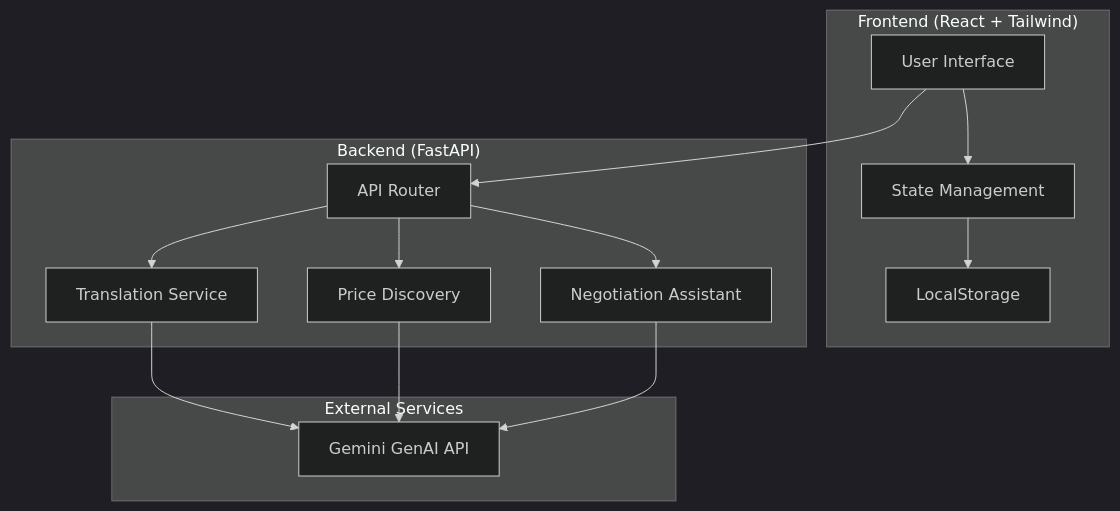
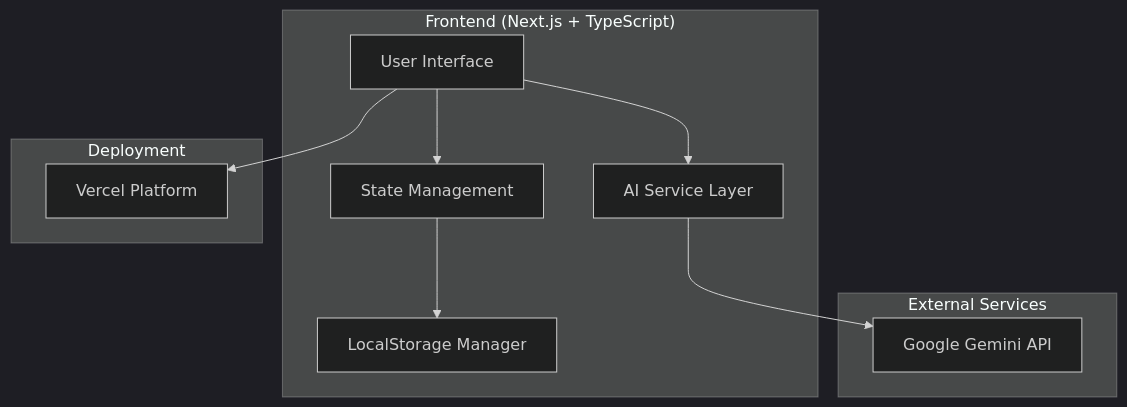
Before and after one commit to aniketp166/multilingual-mandi-ai: the diagram in .kiro/specs/multilingual-mandi-vendor-assistant/design.md, drawn with Mermaid (dark theme). The commit also changed other lines of this file and 29 other files, not shown here.

First line of the commit message:
refactor: Migrate to frontend-only architecture with Gemini integration

````diff
--- a/.kiro/specs/multilingual-mandi-vendor-assistant/design.md
+++ b/.kiro/specs/multilingual-mandi-vendor-assistant/design.md
@@ -11,29 +11,23 @@
 ```mermaid
 graph TB
-    subgraph "Frontend (React + Tailwind)"
+    subgraph "Frontend (Next.js + TypeScript)"
         UI[User Interface]
         State[State Management]
-        Storage[LocalStorage]
-    end
-    
-    subgraph "Backend (FastAPI)"
-        API[API Router]
-        Translation[Translation Service]
-        Pricing[Price Discovery]
-        Negotiation[Negotiation Assistant]
+        Storage[LocalStorage Manager]
+        AI[AI Service Layer]
     end
     
     subgraph "External Services"
-        Gemini[Gemini GenAI API]
+        Gemini[Google Gemini API]
+    end
+    
+    subgraph "Deployment"
+        Vercel[Vercel Platform]
     end
     
     UI --> State
     State --> Storage
-    UI --> API
-    API --> Translation
-    API --> Pricing
-    API --> Negotiation
-    Translation --> Gemini
-    Pricing --> Gemini
-    Negotiation --> Gemini
+    UI --> AI
+    AI --> Gemini
+    UI --> Vercel
 ```
````
